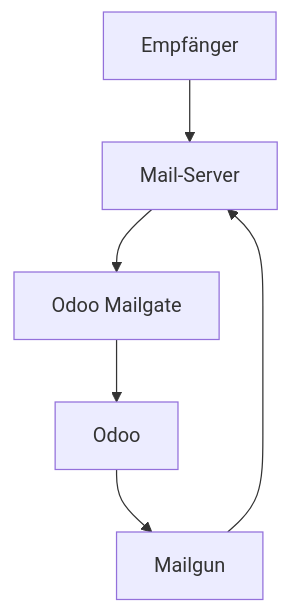
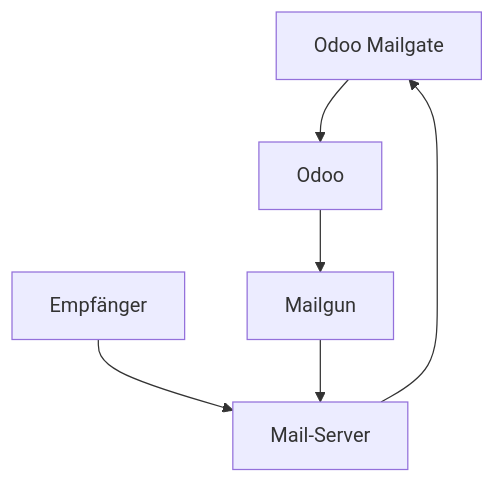
One commit to Mint-System/Website changed the seventh of 7 diagrams in content/de/blog/posts/e-mails-mit-odoo-versenden-und-empfangen.md. Above: the diagram before and after it, drawn with Mermaid. The commit also changed other lines of this file, not shown here.

````diff
--- a/content/de/blog/posts/e-mails-mit-odoo-versenden-und-empfangen.md
+++ b/content/de/blog/posts/e-mails-mit-odoo-versenden-und-empfangen.md
@@ -94,8 +89,8 @@
 ```mermaid
 graph TD
+    C --> D[Odoo]
+    D --> E[Mailgun]
     A[Empfänger] --> B[Mail-Server]
     B --> C[Odoo Mailgate]
-    C --> D[Odoo]
-    D --> E[Mailgun]
     E --> B
 ```
````
